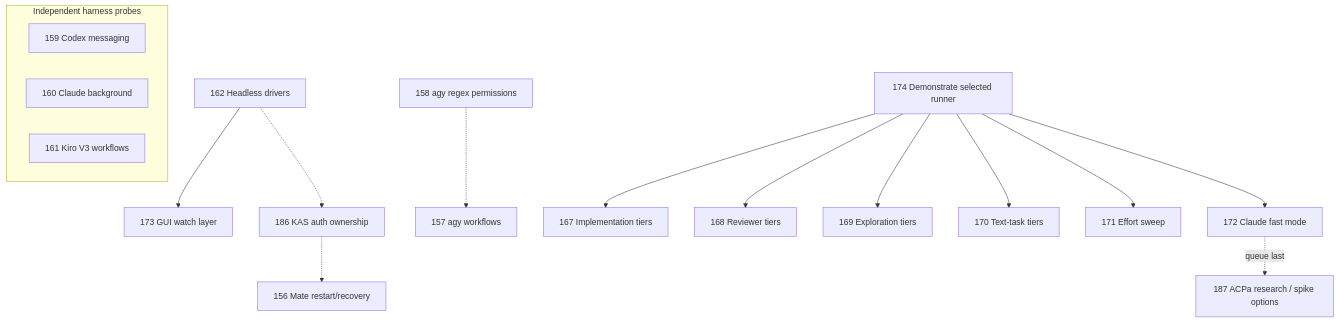
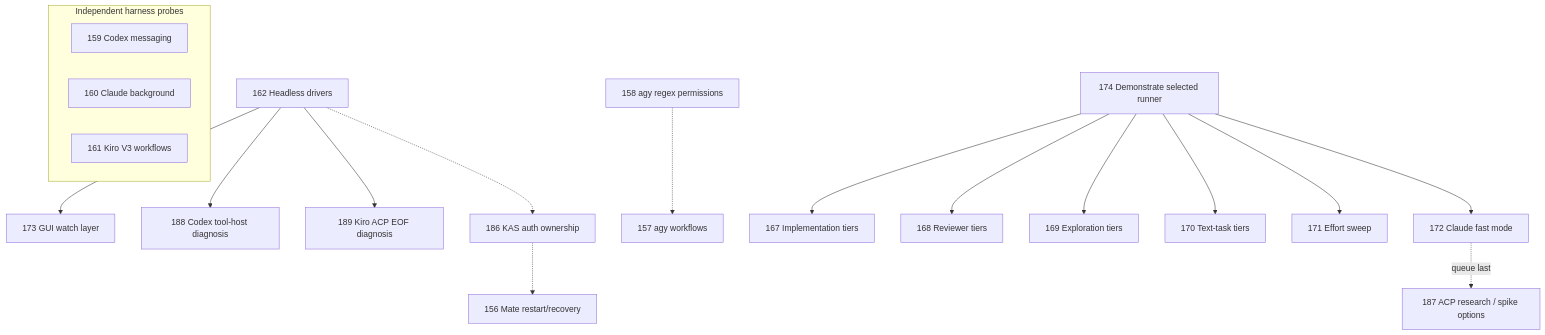
The diagram in docs/plan.md (smileynet/grey-matter), drawn with Mermaid before and after one commit. The commit also changed other lines of this file and 10 other files, not shown here.

````diff
--- a/docs/plan.md
+++ b/docs/plan.md
@@ -207,19 +209,21 @@
 ```mermaid
 flowchart TD
   D162["162 Headless drivers"] --> G173["173 GUI watch layer"]
+  D162 --> C188["188 Codex tool-host diagnosis"]
+  D162 --> K189["189 Kiro ACP EOF diagnosis"]
   D162 -.-> A186["186 KAS auth ownership"]
   A186 -.-> M156["156 Mate restart/recovery"]
   P158["158 agy regex permissions"] -.-> W157["157 agy workflows"]
   subgraph Other["Independent harness probes"]
     C159["159 Codex messaging"]
     B160["160 Claude background"]
     K161["161 Kiro V3 workflows"]
   end
   R174["174 Demonstrate selected runner"] --> I167["167 Implementation tiers"]
   R174 --> V168["168 Reviewer tiers"]
   R174 --> E169["169 Exploration tiers"]
   R174 --> T170["170 Text-task tiers"]
   R174 --> F171["171 Effort sweep"]
   R174 --> S172["172 Claude fast mode"]
-  S172 -. "queue last" .-> Q187["187 ACPa research / spike options"]
+  S172 -. "queue last" .-> Q187["187 ACP research / spike options"]
 ```
````
